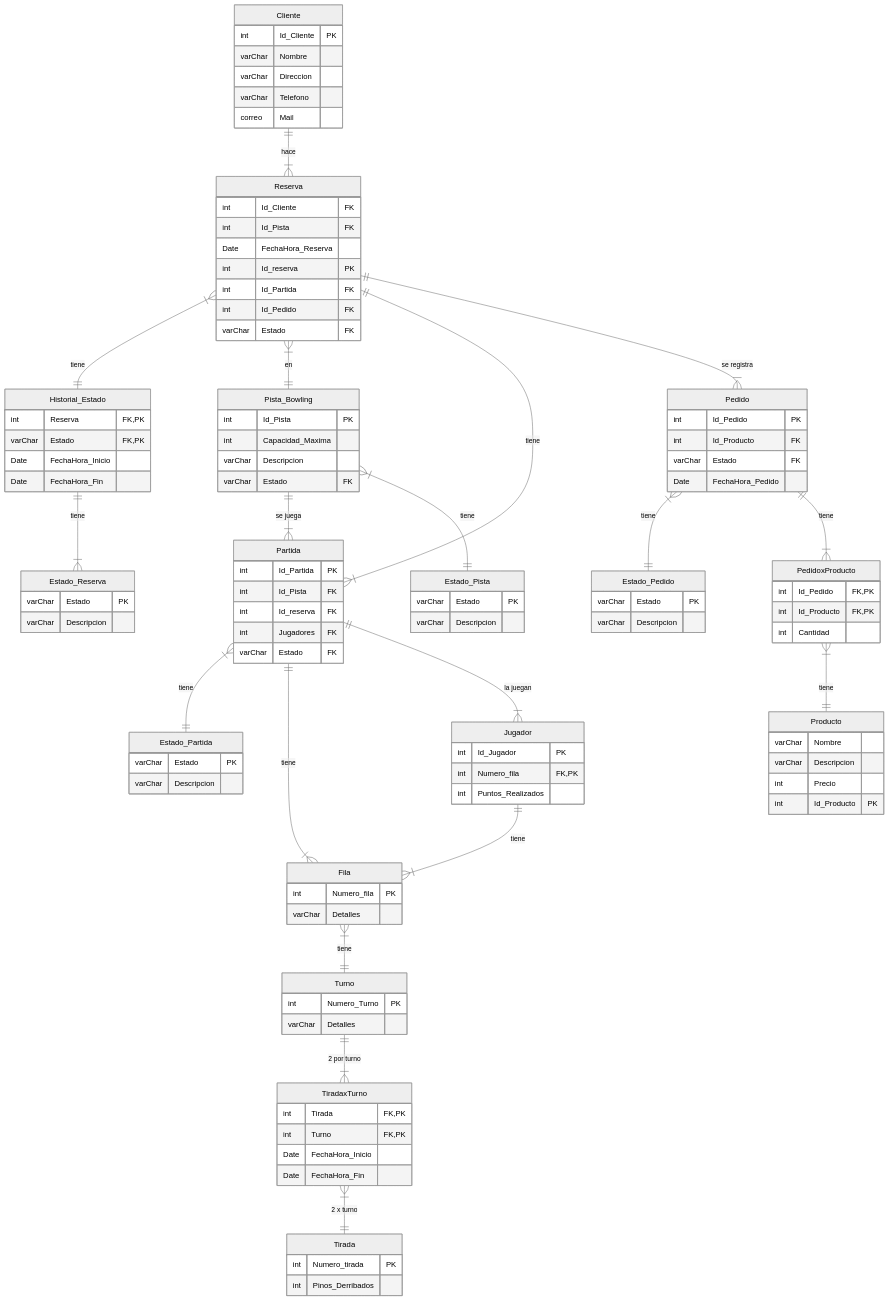
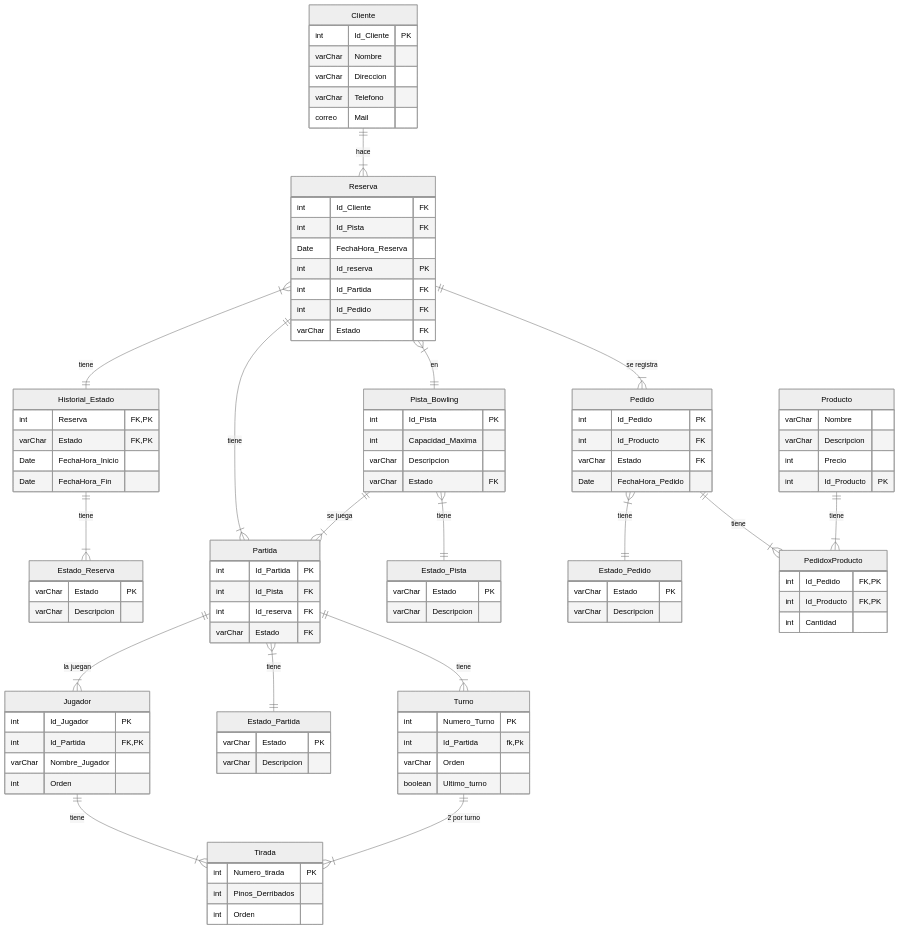
One commit to Carlitosh21/TPI-Centro_de_Bowling-Equipo_4 changed the diagram in E-R Diagram/CentroDeBowling_4.mmd. Above: the diagram before and after it, drawn with Mermaid (neutral theme). The commit also changed other lines of this file and 1 other file, not shown here.

Commit message:
E-R Diagram APROBADO

```diff
--- a/E-R Diagram/CentroDeBowling_4.mmd
+++ b/E-R Diagram/CentroDeBowling_4.mmd
@@ -1,168 +1,167 @@
 erDiagram
 
     Cliente{
         int Id_Cliente PK
         varChar Nombre
         varChar Direccion
         varChar Telefono
         correo Mail
     }
 
     Reserva{
         int Id_Cliente FK
         int Id_Pista FK
         Date FechaHora_Reserva
         int Id_reserva PK
         int Id_Partida FK
         int Id_Pedido FK
         varChar Estado FK
     }
 
     
 
     Estado_Reserva{
         varChar Estado PK
         varChar Descripcion
     }
 
-    PedidoxProducto{
-        int Id_Pedido FK, PK
-        int Id_Producto FK, PK
-        int Cantidad
-    }
+    
 
     Jugador{
         int Id_Jugador PK
-        int Numero_fila FK, PK
-        int Puntos_Realizados
+        int Id_Partida FK, PK
+        varChar Nombre_Jugador
+        int Orden 
+        
     }
 
     Partida{
         int Id_Partida PK
         int Id_Pista FK
         int Id_reserva FK
-        int Jugadores FK
+        
         varChar Estado FK
+        
     }
 
     Estado_Partida{
         varChar Estado PK
         varChar Descripcion
     }
 
-    Fila{
-        int Numero_fila PK
-        varChar Detalles
-    }
+    
 
     Turno{
         int Numero_Turno PK
-        varChar Detalles
-        
+    
+        int Id_Partida fk,Pk
+        varChar Orden
+        boolean Ultimo_turno
     }
 
-    TiradaxTurno{
-        int Tirada FK, PK
-        int Turno FK, PK
-        Date FechaHora_Inicio
-        Date FechaHora_Fin
-    }
+    
 
     Tirada{
         int Numero_tirada PK
         int Pinos_Derribados
+        int Orden
+        
     }
 
     
 
     Pista_Bowling{
         int Id_Pista PK
         int Capacidad_Maxima
         varChar Descripcion
         varChar Estado FK
     }
 
     Estado_Pista{
         varChar Estado PK
         varChar Descripcion
 
     }
 
     Pedido{
         int Id_Pedido PK
         int Id_Producto FK
         varChar Estado FK
         Date FechaHora_Pedido
     }
 
     
 
     Estado_Pedido{
         varChar Estado PK
         varChar Descripcion
     }
 
     
-
+    PedidoxProducto{
+        int Id_Pedido FK, PK
+        int Id_Producto FK, PK
+        int Cantidad
+    }
     
 
     Producto{
         varChar Nombre
         varChar Descripcion
         int Precio
         int Id_Producto PK
     }
 
     Historial_Estado{
         int Reserva FK, PK
         varChar Estado FK, PK
         Date FechaHora_Inicio
         Date FechaHora_Fin
     }
 
 
 
 
     Cliente||--|{Reserva : hace
 
+    Pedido}|--||Estado_Pedido : tiene
+
+    Pedido||--|{PedidoxProducto : tiene
+
+    Producto||--|{PedidoxProducto : tiene
+
 
     Reserva}|--||Historial_Estado : tiene
     Historial_Estado||--|{Estado_Reserva : tiene
 
     Reserva}|--||Pista_Bowling : en
 
     Reserva||--|{Partida : tiene
 
     Pista_Bowling||--|{Partida : "se juega"
 
     Pista_Bowling}|--||Estado_Pista : tiene
 
     
 
     Partida}|--||Estado_Partida : tiene
 
-    Partida||--|{Fila : tiene
+    
 
-    Fila}|--||Turno : tiene
+    Jugador||--|{Tirada : tiene
 
-    Turno||--|{TiradaxTurno : " 2 por turno"
+    Turno||--|{Tirada : " 2 por turno"
 
-    TiradaxTurno}|--||Tirada : "2 x turno"
+    Partida||--|{Turno : tiene
 
-    PedidoxProducto}|--||Producto : tiene
+    
+    
 
    
 
     Partida||--|{Jugador : " la juegan"
 
-    Jugador||--|{Fila : tiene
-
-    Reserva||--|{Pedido : "se registra"
 
     
 
-    
-
-    Pedido}|--||Estado_Pedido : tiene
-
-    Pedido||--|{PedidoxProducto : tiene
+    Reserva||--|{Pedido : "se registra"
```
